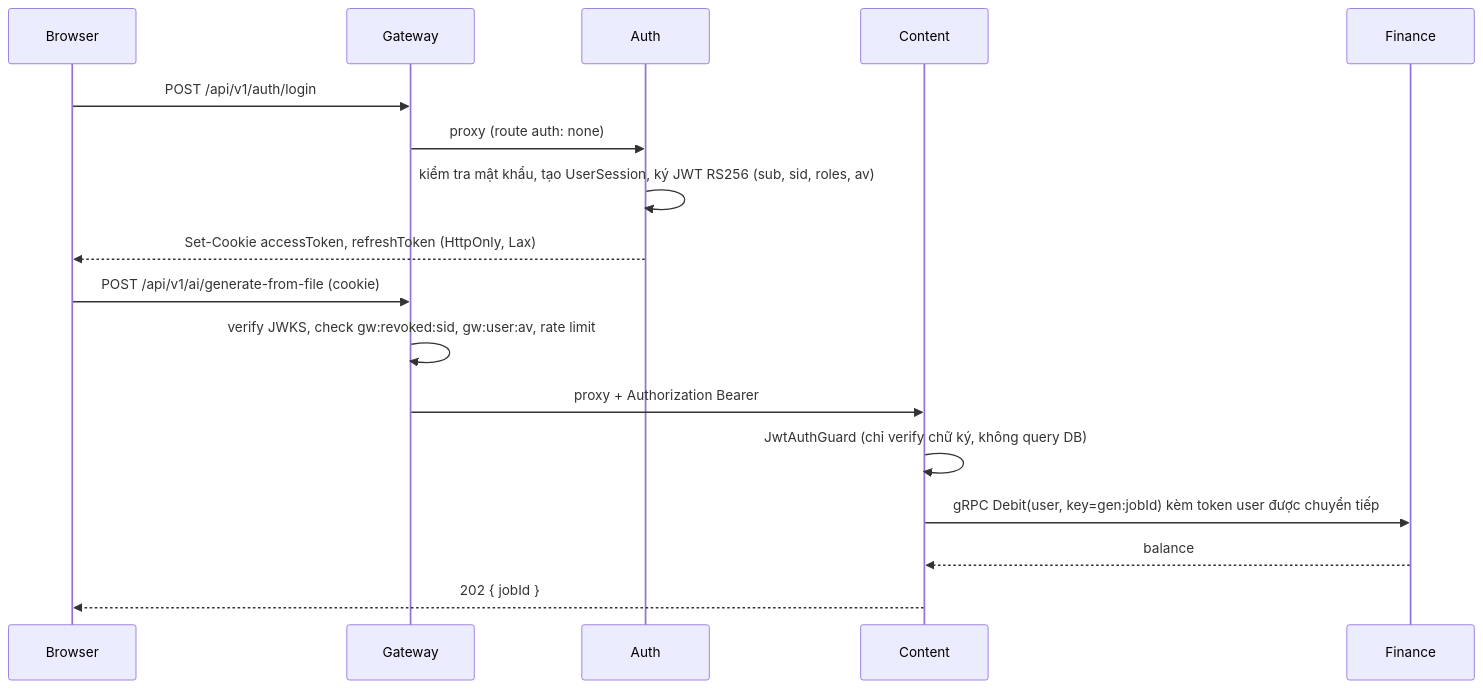
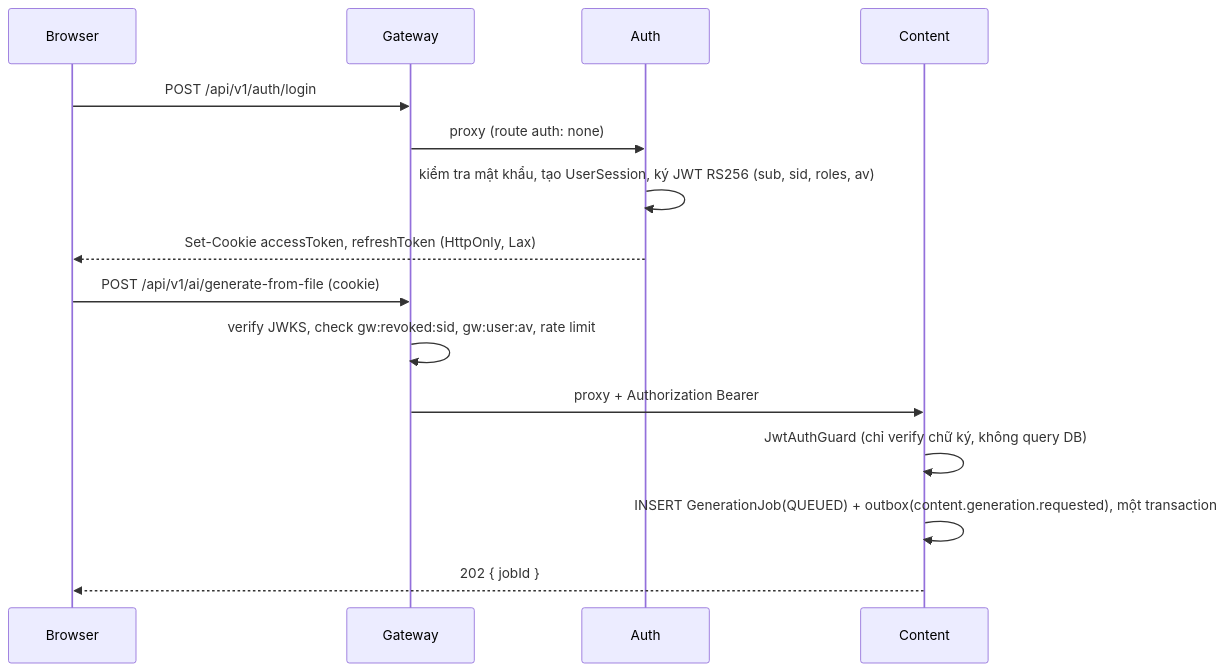
The first of 5 diagrams in ARCHITECTURE.md (tgiap04/examio), drawn with Mermaid before and after one commit. The commit also changed other lines of this file and 48 other files, not shown here.

Commit message:
docs: drop finance from architecture, system and feature docs

````diff
--- a/ARCHITECTURE.md
+++ b/ARCHITECTURE.md
@@ -801,20 +777,18 @@
 ```mermaid
 sequenceDiagram
     participant B as Browser
     participant G as Gateway
     participant A as Auth
     participant C as Content
-    participant F as Finance
 
     B->>G: POST /api/v1/auth/login
     G->>A: proxy (route auth: none)
     A->>A: kiểm tra mật khẩu, tạo UserSession, ký JWT RS256 (sub, sid, roles, av)
     A-->>B: Set-Cookie accessToken, refreshToken (HttpOnly, Lax)
     B->>G: POST /api/v1/ai/generate-from-file (cookie)
     G->>G: verify JWKS, check gw:revoked:sid, gw:user:av, rate limit
     G->>C: proxy + Authorization Bearer
     C->>C: JwtAuthGuard (chỉ verify chữ ký, không query DB)
-    C->>F: gRPC Debit(user, key=gen:jobId) kèm token user được chuyển tiếp
-    F-->>C: balance
+    C->>C: INSERT GenerationJob(QUEUED) + outbox(content.generation.requested), một transaction
     C-->>B: 202 { jobId }
 ```
````
